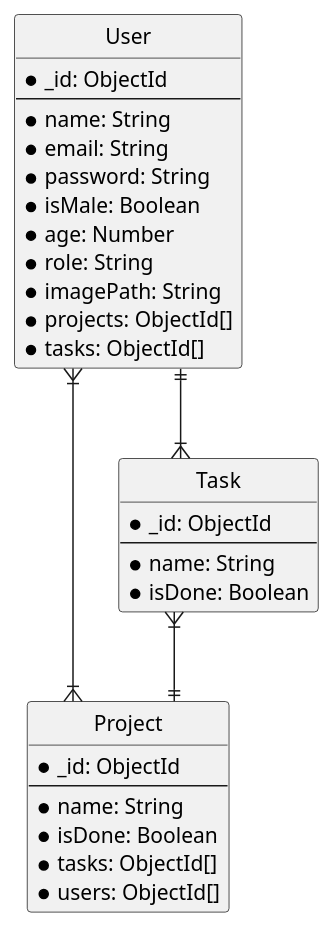
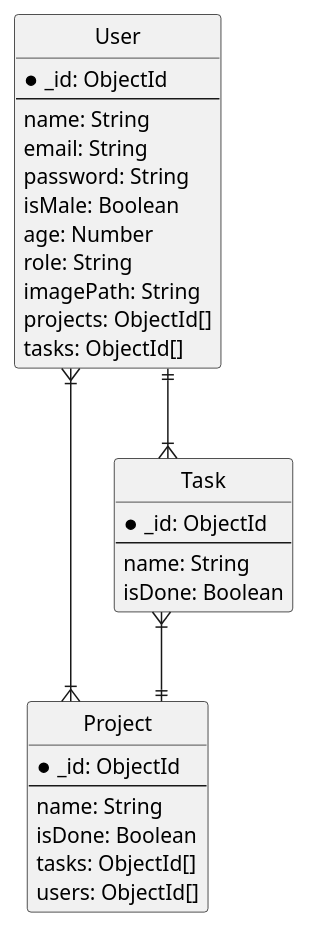
Before and after one commit to tranhoang2811/todo: the diagram in be/diagram/todo.plantuml, drawn with PlantUML.

```diff
--- a/be/diagram/todo.plantuml
+++ b/be/diagram/todo.plantuml
@@ -1,43 +1,43 @@
 @startuml todo
 
 ' hide the spot
 hide circle
 
 ' avoid problems with angled crows feet
 skinparam linetype ortho
 
 entity Project {
     *_id: ObjectId
     --
-    *name: String
-    *isDone: Boolean
-    *tasks: ObjectId[]
-    *users: ObjectId[]
+    name: String
+    isDone: Boolean
+    tasks: ObjectId[]
+    users: ObjectId[]
 }
 
 entity Task {
     *_id: ObjectId
     --
-    *name: String
-    *isDone: Boolean
+    name: String
+    isDone: Boolean
 }
 
 entity User {
     *_id: ObjectId
     --
-    *name: String
-    *email: String
-    *password: String
-    *isMale: Boolean
-    *age: Number
-    *role: String
-    *imagePath: String
-    *projects: ObjectId[]
-    *tasks: ObjectId[]
+    name: String
+    email: String
+    password: String
+    isMale: Boolean
+    age: Number
+    role: String
+    imagePath: String
+    projects: ObjectId[]
+    tasks: ObjectId[]
 }
 
 User ||--|{ Task
 User }|--|{ Project
 Task }|--|| Project
 
 @enduml
```
